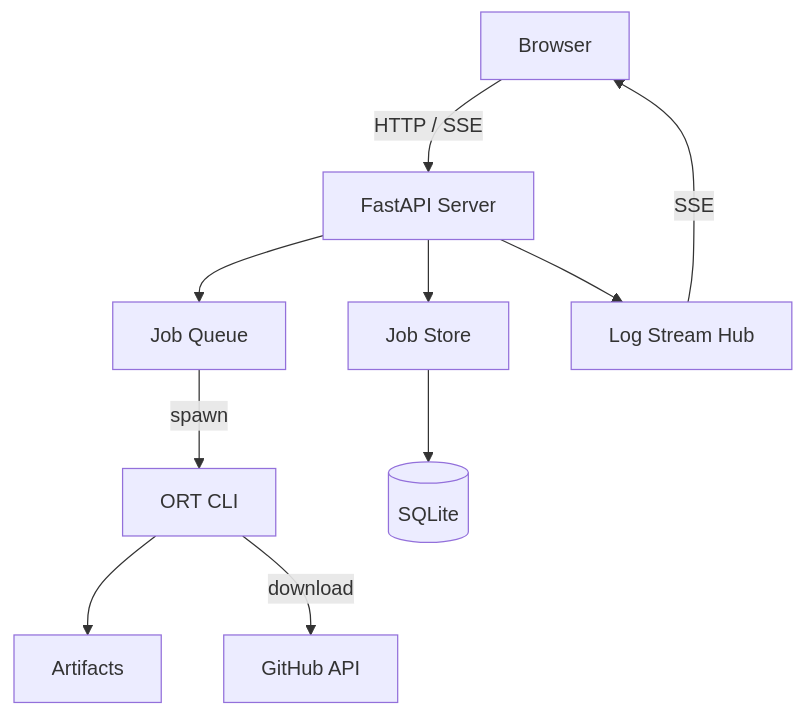
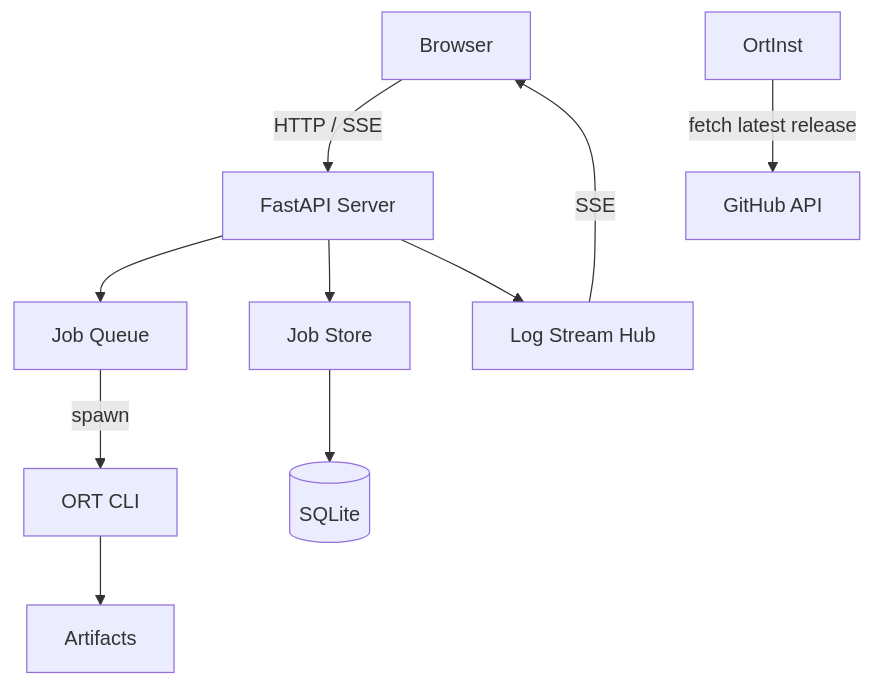
One commit to tnvinh2711/ort-web changed the first of 4 diagrams in DIAGRAMS.md. Above: the diagram before and after it, drawn with Mermaid.

Commit message:
docs: fix architecture diagram — GitHub API called by OrtInstaller not ORT CLI

````diff
--- a/DIAGRAMS.md
+++ b/DIAGRAMS.md
@@ -7,12 +7,12 @@
 ```mermaid
 graph TB
     Browser["Browser"] -->|"HTTP / SSE"| API["FastAPI Server"]
     API --> JobQueue["Job Queue"]
     API --> JobStore["Job Store"]
     API --> LogHub["Log Stream Hub"]
     JobQueue -->|"spawn"| ORT["ORT CLI"]
     JobStore --> DB[("SQLite")]
     ORT --> Artifacts["Artifacts"]
     LogHub -->|"SSE"| Browser
-    ORT -->|"download"| GitHub["GitHub API"]
+    OrtInst -->|"fetch latest release"| GitHub["GitHub API"]
 ```
````
